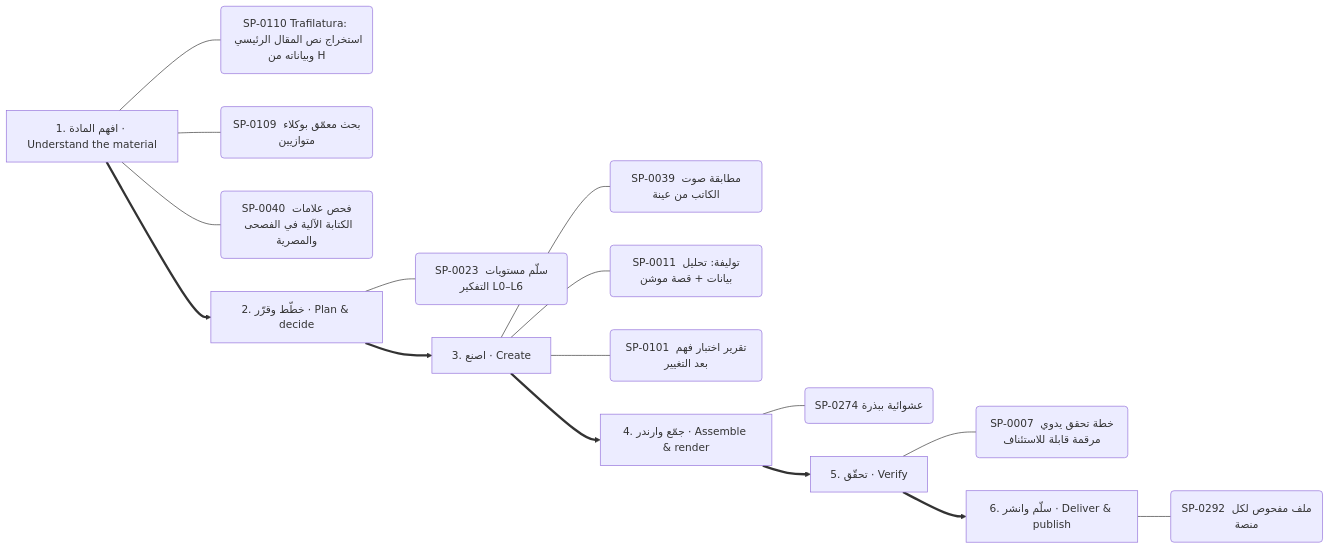
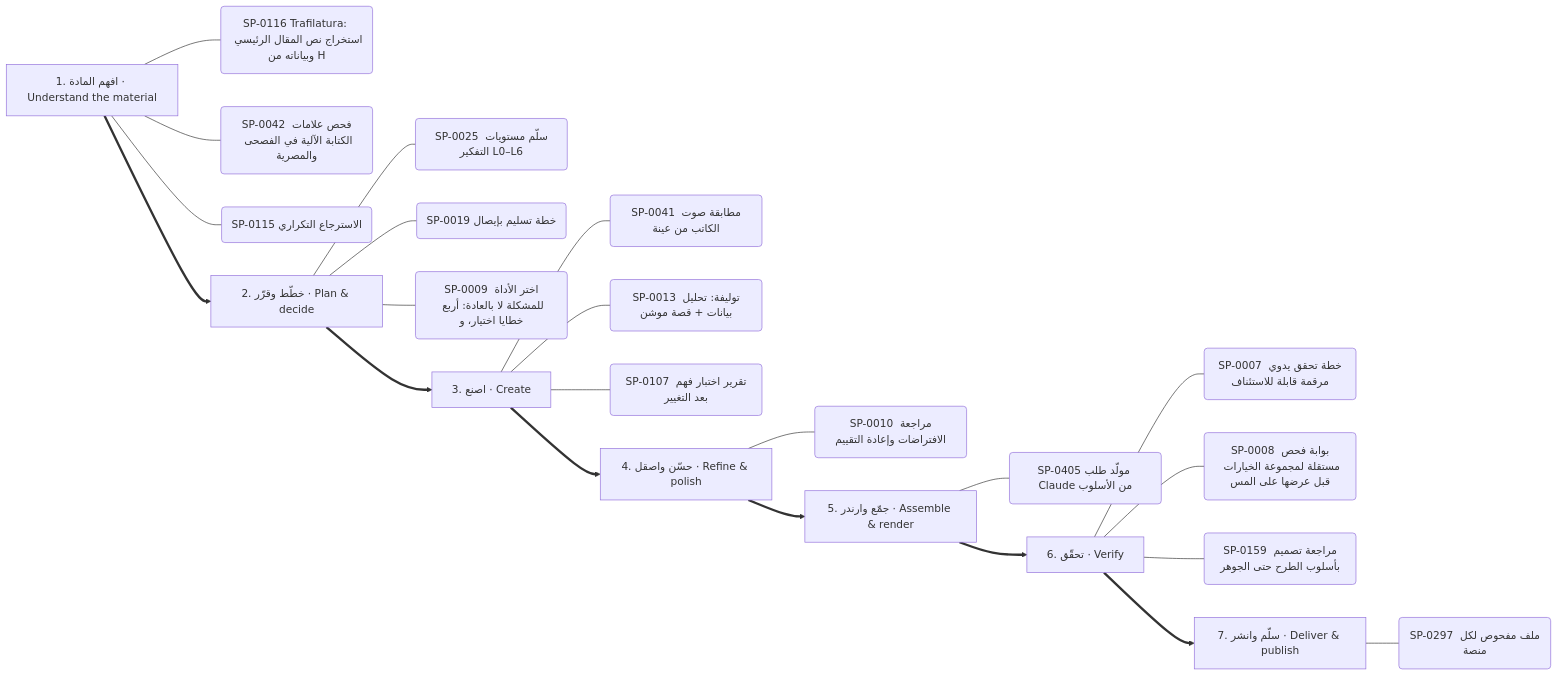
Before and after one commit to kosif199022-jpg/kosif-tool: diagram 13 of 13 in .claude/skills/kosif-superpowers/references/capability-mindmap.md, drawn with Mermaid. The commit also changed other lines of this file and 1314 other files, not shown here.

````diff
--- a/.claude/skills/kosif-superpowers/references/capability-mindmap.md
+++ b/.claude/skills/kosif-superpowers/references/capability-mindmap.md
@@ -643,24 +648,31 @@
 ```mermaid
 flowchart LR
   S0["1. افهم المادة · Understand the material"]
-  S0 --- S0_0("SP-0110 Trafilatura: استخراج نص المقال الرئيسي وبياناته من H")
-  S0 --- S0_1("SP-0109 بحث معمّق بوكلاء متوازيين")
-  S0 --- S0_2("SP-0040 فحص علامات الكتابة الآلية في الفصحى والمصرية")
+  S0 --- S0_0("SP-0116 Trafilatura: استخراج نص المقال الرئيسي وبياناته من H")
+  S0 --- S0_1("SP-0042 فحص علامات الكتابة الآلية في الفصحى والمصرية")
+  S0 --- S0_2("SP-0115 الاسترجاع التكراري")
   S1["2. خطّط وقرّر · Plan & decide"]
-  S1 --- S1_0("SP-0023 سلّم مستويات التفكير L0–L6")
+  S1 --- S1_0("SP-0025 سلّم مستويات التفكير L0–L6")
+  S1 --- S1_1("SP-0019 خطة تسليم بإيصال")
+  S1 --- S1_2("SP-0009 اختر الأداة للمشكلة لا بالعادة: أربع خطايا اختيار، و")
   S0 ==> S1
   S2["3. اصنع · Create"]
-  S2 --- S2_0("SP-0039 مطابقة صوت الكاتب من عينة")
-  S2 --- S2_1("SP-0011 توليفة: تحليل بيانات + قصة موشن")
-  S2 --- S2_2("SP-0101 تقرير اختبار فهم بعد التغيير")
+  S2 --- S2_0("SP-0041 مطابقة صوت الكاتب من عينة")
+  S2 --- S2_1("SP-0013 توليفة: تحليل بيانات + قصة موشن")
+  S2 --- S2_2("SP-0107 تقرير اختبار فهم بعد التغيير")
   S1 ==> S2
-  S3["4. جمّع وارندر · Assemble & render"]
-  S3 --- S3_0("SP-0274 عشوائية ببذرة")
+  S3["4. حسّن واصقل · Refine & polish"]
+  S3 --- S3_0("SP-0010 مراجعة الافتراضات وإعادة التقييم")
   S2 ==> S3
-  S4["5. تحقّق · Verify"]
-  S4 --- S4_0("SP-0007 خطة تحقق يدوي مرقمة قابلة للاستئناف")
+  S4["5. جمّع وارندر · Assemble & render"]
+  S4 --- S4_0("SP-0405 مولّد طلب Claude من الأسلوب")
   S3 ==> S4
-  S5["6. سلّم وانشر · Deliver & publish"]
-  S5 --- S5_0("SP-0292 ملف مفحوص لكل منصة")
+  S5["6. تحقّق · Verify"]
+  S5 --- S5_0("SP-0007 خطة تحقق يدوي مرقمة قابلة للاستئناف")
+  S5 --- S5_1("SP-0008 بوابة فحص مستقلة لمجموعة الخيارات قبل عرضها على المس")
+  S5 --- S5_2("SP-0159 مراجعة تصميم بأسلوب الطرح حتى الجوهر")
   S4 ==> S5
+  S6["7. سلّم وانشر · Deliver & publish"]
+  S6 --- S6_0("SP-0297 ملف مفحوص لكل منصة")
+  S5 ==> S6
 ```
````
